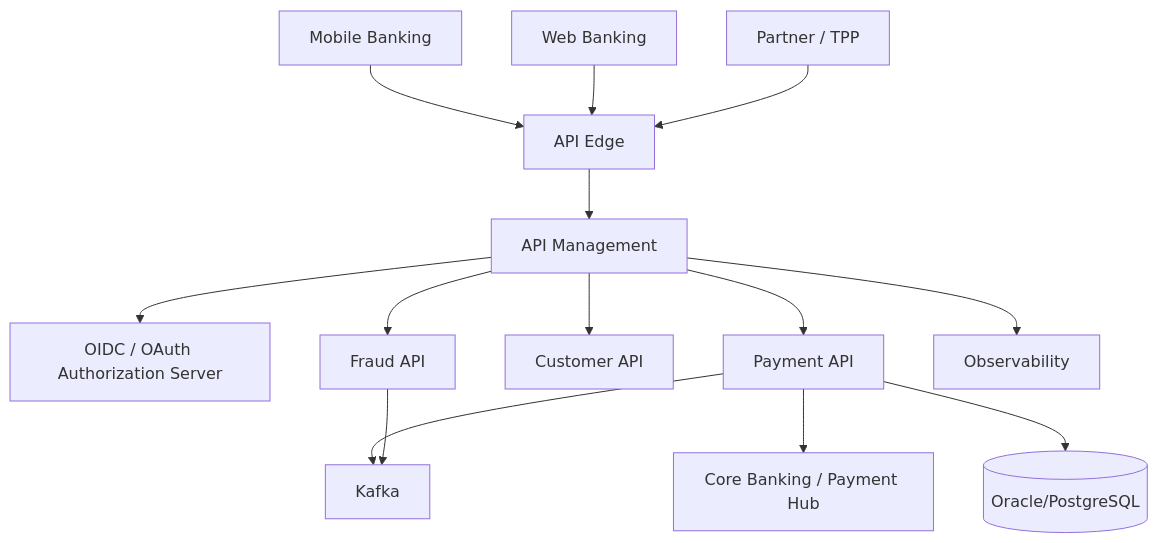
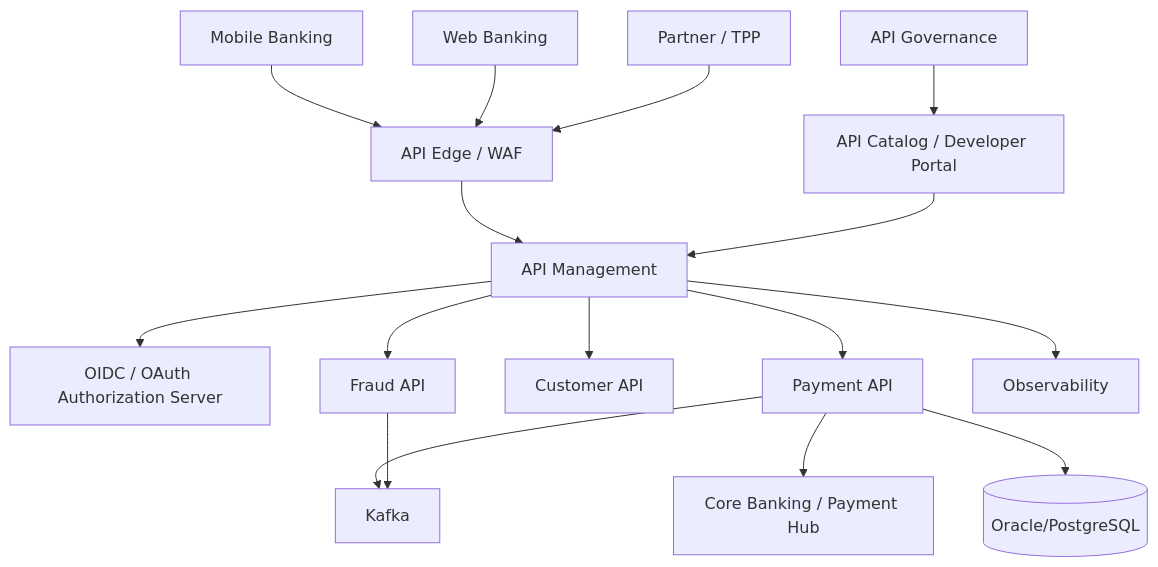
The second of 2 diagrams in README.md (zdmooc/mayabank-api-management-architecture), drawn with Mermaid before and after one commit. The commit also changed other lines of this file and 41 other files, not shown here.

First line of the commit message:
Consolider API security, Kong and Kind E2E with architecture evidence

````diff
--- a/README.md
+++ b/README.md
@@ -99,16 +56,18 @@
 ```mermaid
 flowchart TD
-  MOB[Mobile Banking] --> EDGE[API Edge]
+  MOB[Mobile Banking] --> EDGE[API Edge / WAF]
   WEB[Web Banking] --> EDGE
   TPP[Partner / TPP] --> EDGE
   EDGE --> GW[API Management]
   GW --> AUTH[OIDC / OAuth Authorization Server]
   GW --> PAY[Payment API]
   GW --> CUST[Customer API]
   GW --> FRAUD[Fraud API]
   PAY --> KAFKA[Kafka]
   PAY --> CORE[Core Banking / Payment Hub]
   FRAUD --> KAFKA
   PAY --> DB[(Oracle/PostgreSQL)]
   GW --> OBS[Observability]
+  REG[API Catalog / Developer Portal] --> GW
+  GOV[API Governance] --> REG
 ```
````
